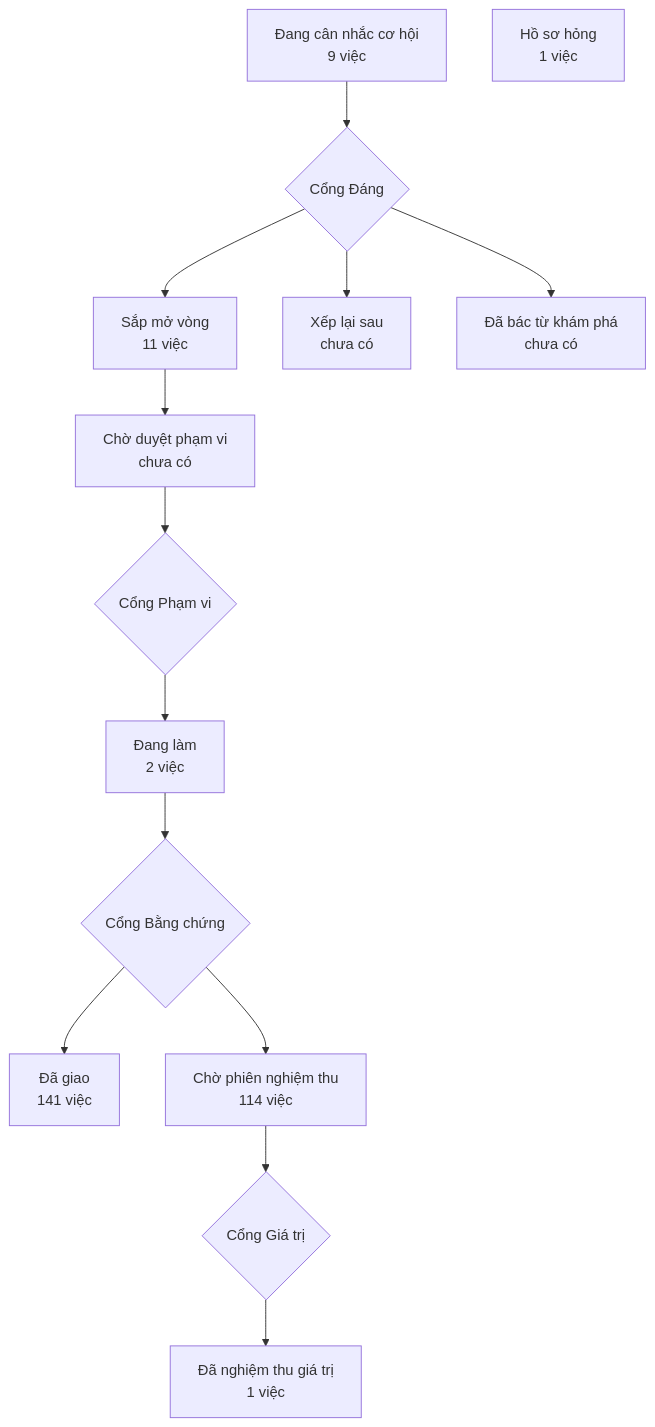
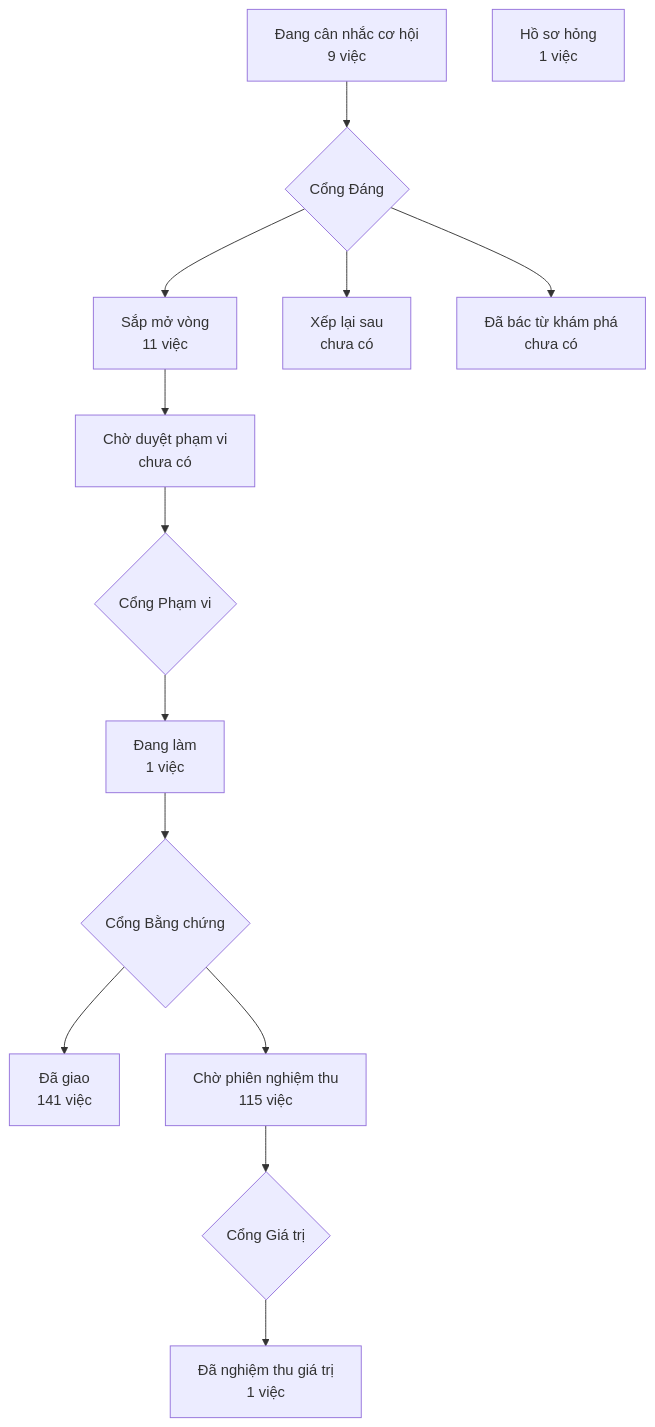
The diagram in PRODUCT-MAP.md (phanlemanh/crm-onehub), drawn with Mermaid before and after one commit. The commit also changed 7 other files, not shown here.

````diff
--- a/PRODUCT-MAP.md
+++ b/PRODUCT-MAP.md
@@ -7,13 +7,13 @@
 ```mermaid
 flowchart TD
   A["Đang cân nhắc cơ hội<br/>9 việc"] --> GD{"Cổng Đáng"}
   GD --> B["Sắp mở vòng<br/>11 việc"]
   GD --> XL["Xếp lại sau<br/>chưa có"]
   GD --> DB["Đã bác từ khám phá<br/>chưa có"]
   B --> CD["Chờ duyệt phạm vi<br/>chưa có"] --> GP{"Cổng Phạm vi"}
-  GP --> DL["Đang làm<br/>2 việc"] --> GB{"Cổng Bằng chứng"}
+  GP --> DL["Đang làm<br/>1 việc"] --> GB{"Cổng Bằng chứng"}
   GB --> DG["Đã giao<br/>141 việc"]
-  GB --> CN["Chờ phiên nghiệm thu<br/>114 việc"] --> GG{"Cổng Giá trị"}
+  GB --> CN["Chờ phiên nghiệm thu<br/>115 việc"] --> GG{"Cổng Giá trị"}
   GG --> NT["Đã nghiệm thu giá trị<br/>1 việc"]
   HS["Hồ sơ hỏng<br/>1 việc"]
 ```
````
